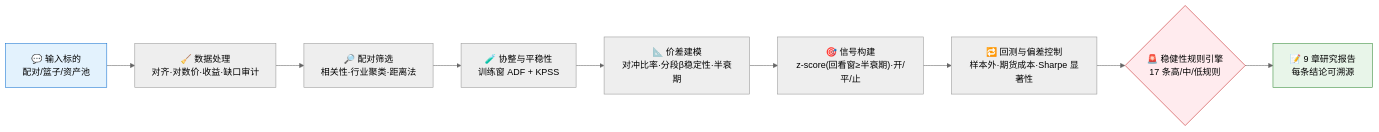
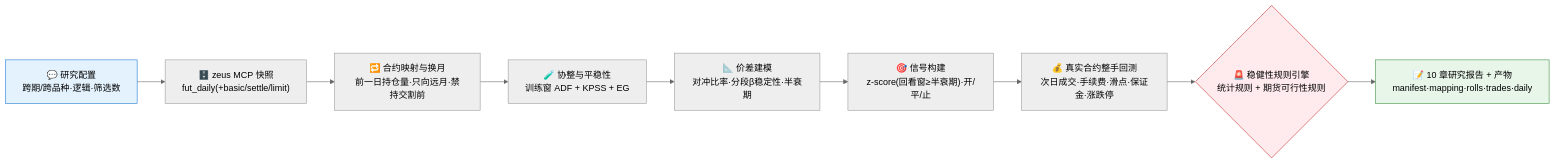
One commit to fitnesses/skill-statistical-arbitrage-time-series changed the first of 2 diagrams in agents/README.md. Above: the diagram before and after it, drawn with Mermaid (neutral theme). The commit also changed other lines of this file and 23 other files, not shown here.

````diff
--- a/agents/README.md
+++ b/agents/README.md
@@ -30,15 +30,15 @@
 ```mermaid
 flowchart LR
-    A["💬 输入标的<br/>配对/篮子/资产池"] --> B["🧹 数据处理<br/>对齐·对数价·收益·缺口审计"]
-    B --> C["🔎 配对筛选<br/>相关性·行业聚类·距离法"]
-    C --> D["🧪 协整与平稳性<br/>训练窗 ADF + KPSS"]
+    A["💬 研究配置<br/>跨期/跨品种·逻辑·筛选数"] --> B["🗄️ zeus MCP 快照<br/>fut_daily(+basic/settle/limit)"]
+    B --> C["🔁 合约映射与换月<br/>前一日持仓量·只向远月·禁持交割前"]
+    C --> D["🧪 协整与平稳性<br/>训练窗 ADF + KPSS + EG"]
     D --> E["📐 价差建模<br/>对冲比率·分段β稳定性·半衰期"]
     E --> F["🎯 信号构建<br/>z-score(回看窗≥半衰期)·开/平/止"]
-    F --> G["🔁 回测与偏差控制<br/>样本外·期货成本·Sharpe 显著性"]
-    G --> H{"🚨 稳健性规则引擎<br/>17 条高/中/低规则"}
-    H --> I["📝 9 章研究报告<br/>每条结论可溯源"]
+    F --> G["💰 真实合约整手回测<br/>次日成交·手续费·滑点·保证金·涨跌停"]
+    G --> H{"🚨 稳健性规则引擎<br/>统计规则 + 期货可行性规则"}
+    H --> I["📝 10 章研究报告 + 产物<br/>manifest·mapping·rolls·trades·daily"]
 
     style A fill:#e3f2fd,stroke:#1976d2
     style H fill:#ffebee,stroke:#c62828
     style I fill:#e8f5e9,stroke:#388e3c
 ```
````
